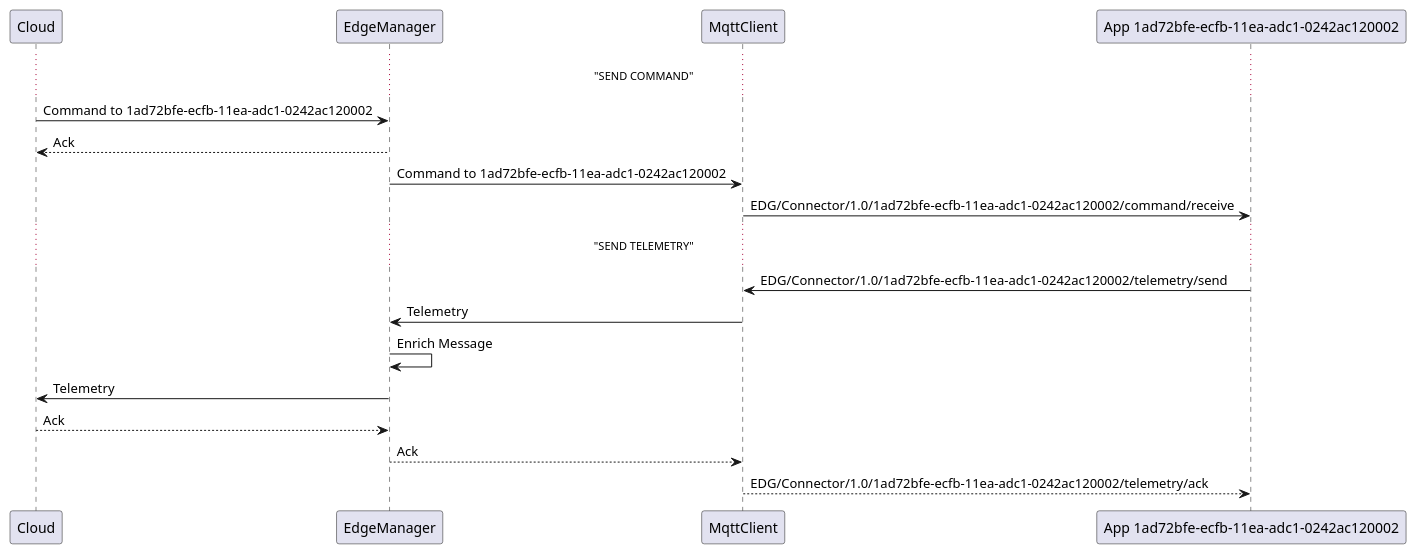
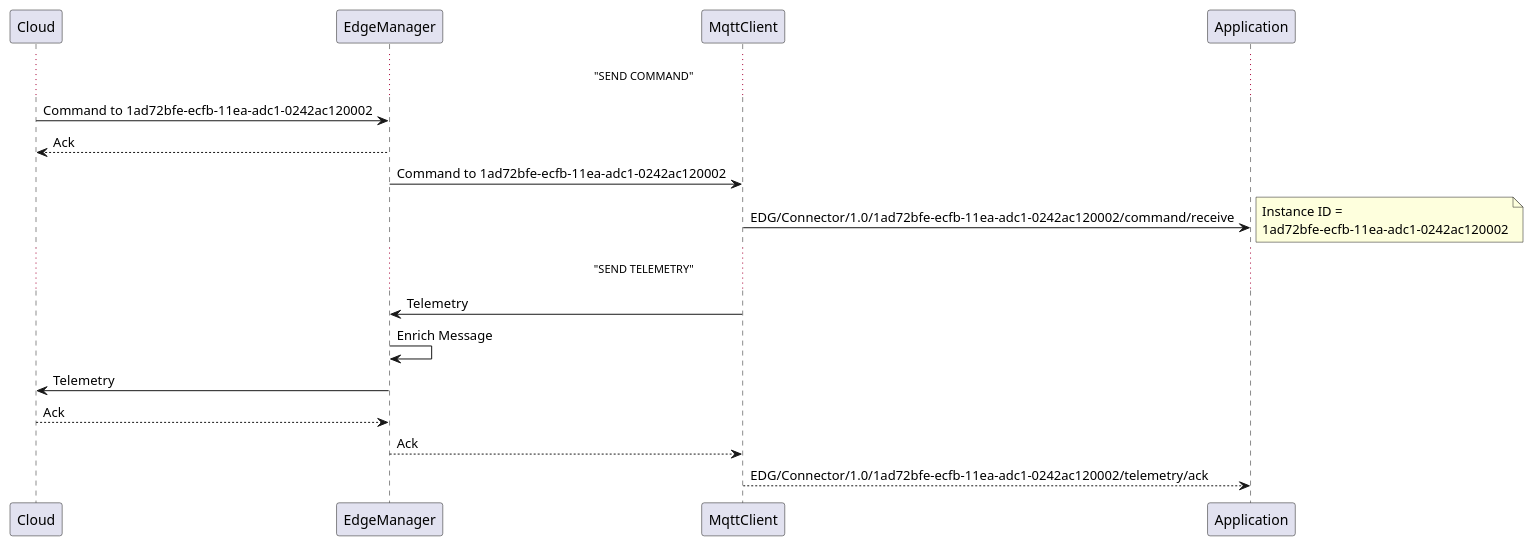
The diagram in EdgeManager/InternalCommandRouting.puml (se-edge/framework-diagrams), drawn with PlantUML before and after one commit.

```diff
--- a/EdgeManager/InternalCommandRouting.puml
+++ b/EdgeManager/InternalCommandRouting.puml
@@ -1,21 +1,22 @@
 @startuml
 
 ... "SEND COMMAND" ...
-
 Cloud -> EdgeManager: Command to 1ad72bfe-ecfb-11ea-adc1-0242ac120002
 Cloud <-- EdgeManager: Ack
 EdgeManager -> MqttClient: Command to 1ad72bfe-ecfb-11ea-adc1-0242ac120002
-MqttClient -> "App 1ad72bfe-ecfb-11ea-adc1-0242ac120002":    EDG/Connector/1.0/1ad72bfe-ecfb-11ea-adc1-0242ac120002/command/receive
-
+MqttClient -> "Application": EDG/Connector/1.0/1ad72bfe-ecfb-11ea-adc1-0242ac120002/command/receive
 ... "SEND TELEMETRY" ...
 
-MqttClient <- "App 1ad72bfe-ecfb-11ea-adc1-0242ac120002": EDG/Connector/1.0/1ad72bfe-ecfb-11ea-adc1-0242ac120002/telemetry/send
+note right
+Instance ID =
+1ad72bfe-ecfb-11ea-adc1-0242ac120002
+end note
+
 MqttClient -> EdgeManager: Telemetry
 EdgeManager -> EdgeManager: Enrich Message
 EdgeManager -> Cloud: Telemetry
-
 Cloud --> EdgeManager: Ack
 EdgeManager --> MqttClient: Ack
-"App 1ad72bfe-ecfb-11ea-adc1-0242ac120002" <-- MqttClient: EDG/Connector/1.0/1ad72bfe-ecfb-11ea-adc1-0242ac120002/telemetry/ack
+"Application" <-- MqttClient: EDG/Connector/1.0/1ad72bfe-ecfb-11ea-adc1-0242ac120002/telemetry/ack
 
 @enduml
```
